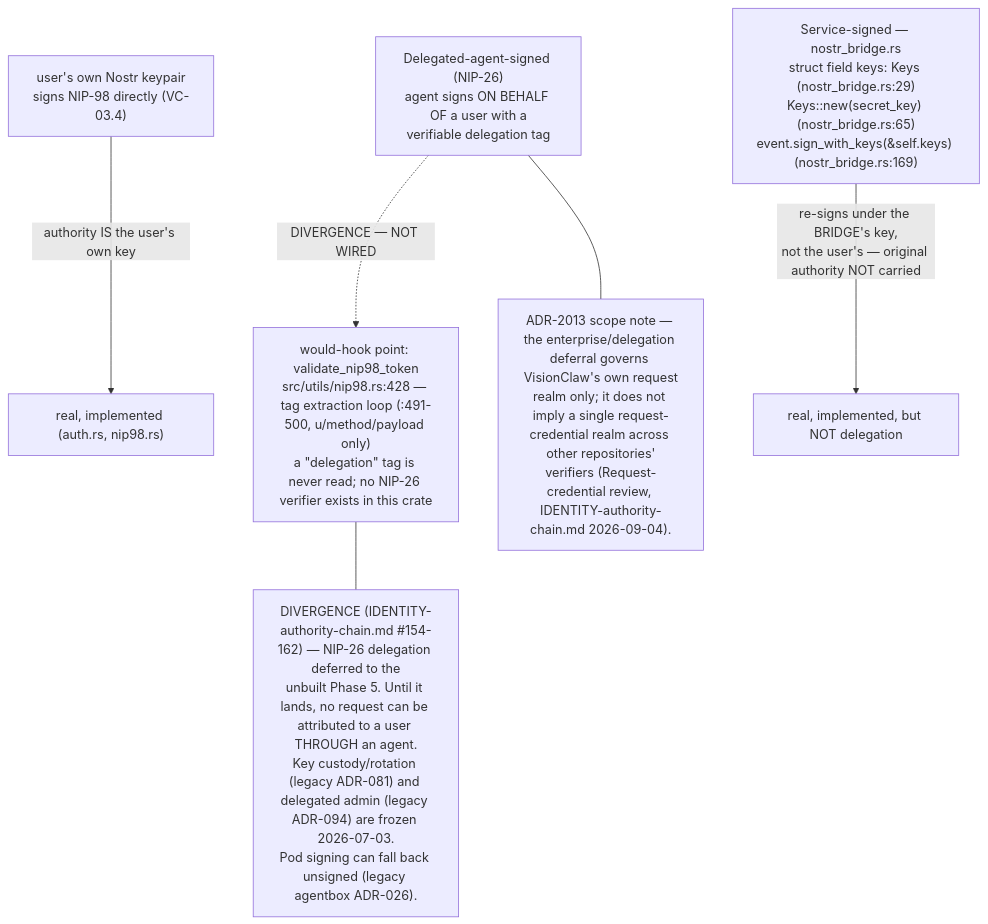
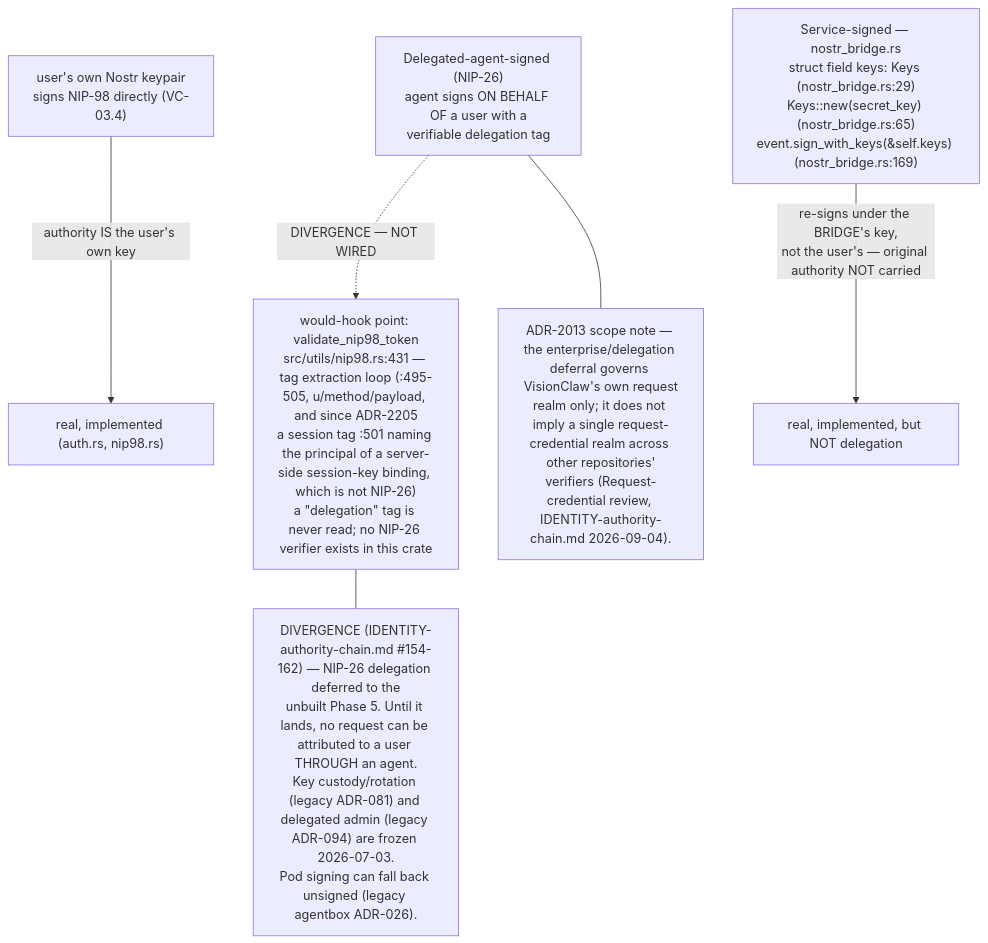
Before and after one commit to DreamLab-AI/VisionFlow: diagram 13 of 15 in docs/diagrams/visionclaw/03-request-lifecycle-and-rbac.md, drawn with Mermaid. The commit also changed other lines of this file and 7 other files, not shown here.

````diff
--- a/docs/diagrams/visionclaw/03-request-lifecycle-and-rbac.md
+++ b/docs/diagrams/visionclaw/03-request-lifecycle-and-rbac.md
@@ -598,14 +614,14 @@
 ```mermaid
 flowchart TB
     U["user's own Nostr keypair<br/>signs NIP-98 directly (VC-03.4)"]
     SS["Service-signed — nostr_bridge.rs<br/>struct field keys: Keys (nostr_bridge.rs:29)<br/>Keys::new(secret_key) (nostr_bridge.rs:65)<br/>event.sign_with_keys(&self.keys) (nostr_bridge.rs:169)"]
     DA["Delegated-agent-signed (NIP-26)<br/>agent signs ON BEHALF OF a user with a<br/>verifiable delegation tag"]
-    HOOK["would-hook point: validate_nip98_token<br/>src/utils/nip98.rs:428 — tag extraction loop (:491-500, u/method/payload only)<br/>a #quot;delegation#quot; tag is never read; no NIP-26 verifier exists in this crate"]
+    HOOK["would-hook point: validate_nip98_token<br/>src/utils/nip98.rs:431 — tag extraction loop (:495-505, u/method/payload, and since ADR-2205<br/>a session tag :501 naming the principal of a server-side session-key binding, which is not NIP-26)<br/>a #quot;delegation#quot; tag is never read; no NIP-26 verifier exists in this crate"]
     U -->|"authority IS the user's own key"| REAL["real, implemented (auth.rs, nip98.rs)"]
     SS -->|"re-signs under the BRIDGE's key,<br/>not the user's — original authority NOT carried"| BRIDGE_REAL["real, implemented, but NOT delegation"]
     DA -.->|"DIVERGENCE — NOT WIRED"| HOOK
     N1["DIVERGENCE (IDENTITY-authority-chain.md #154-162) — NIP-26 delegation deferred to the<br/>unbuilt Phase 5. Until it lands, no request can be attributed to a user THROUGH an agent.<br/>Key custody/rotation (legacy ADR-081) and delegated admin (legacy ADR-094) are frozen 2026-07-03.<br/>Pod signing can fall back unsigned (legacy agentbox ADR-026)."]
     HOOK --- N1
     N2["ADR-2013 scope note — the enterprise/delegation deferral governs VisionClaw's own request<br/>realm only; it does not imply a single request-credential realm across other repositories'<br/>verifiers (Request-credential review, IDENTITY-authority-chain.md 2026-09-04)."]
     DA --- N2
 ```
````
